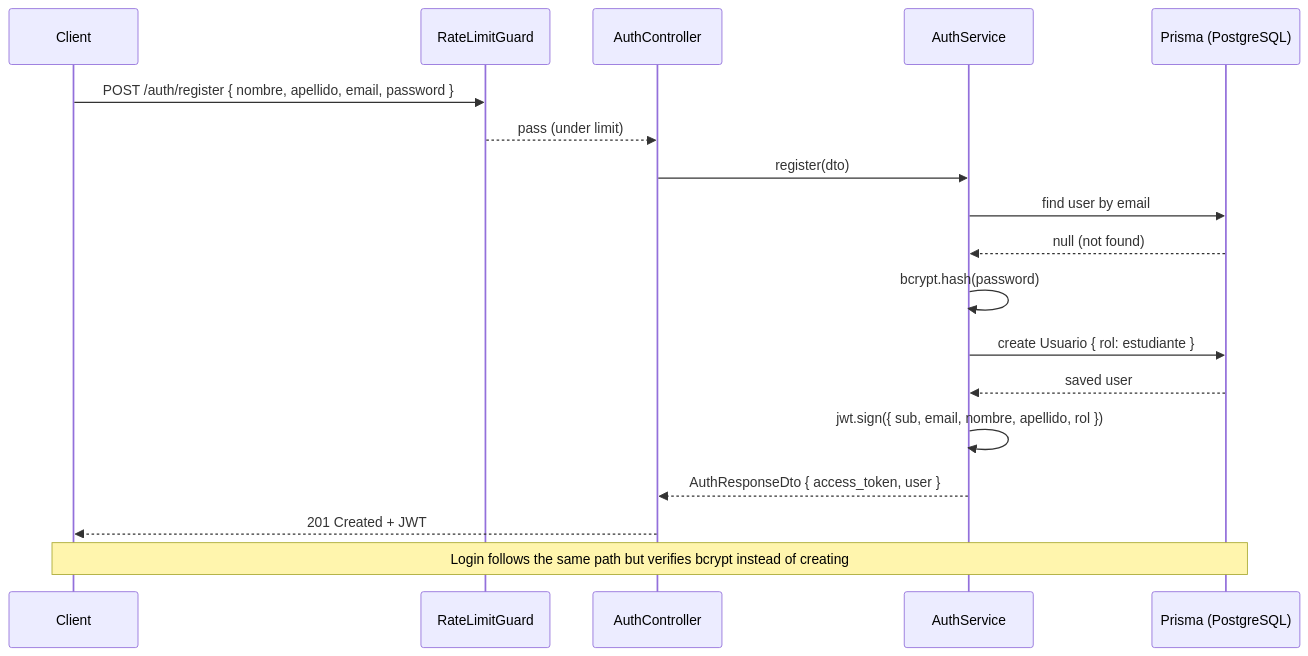
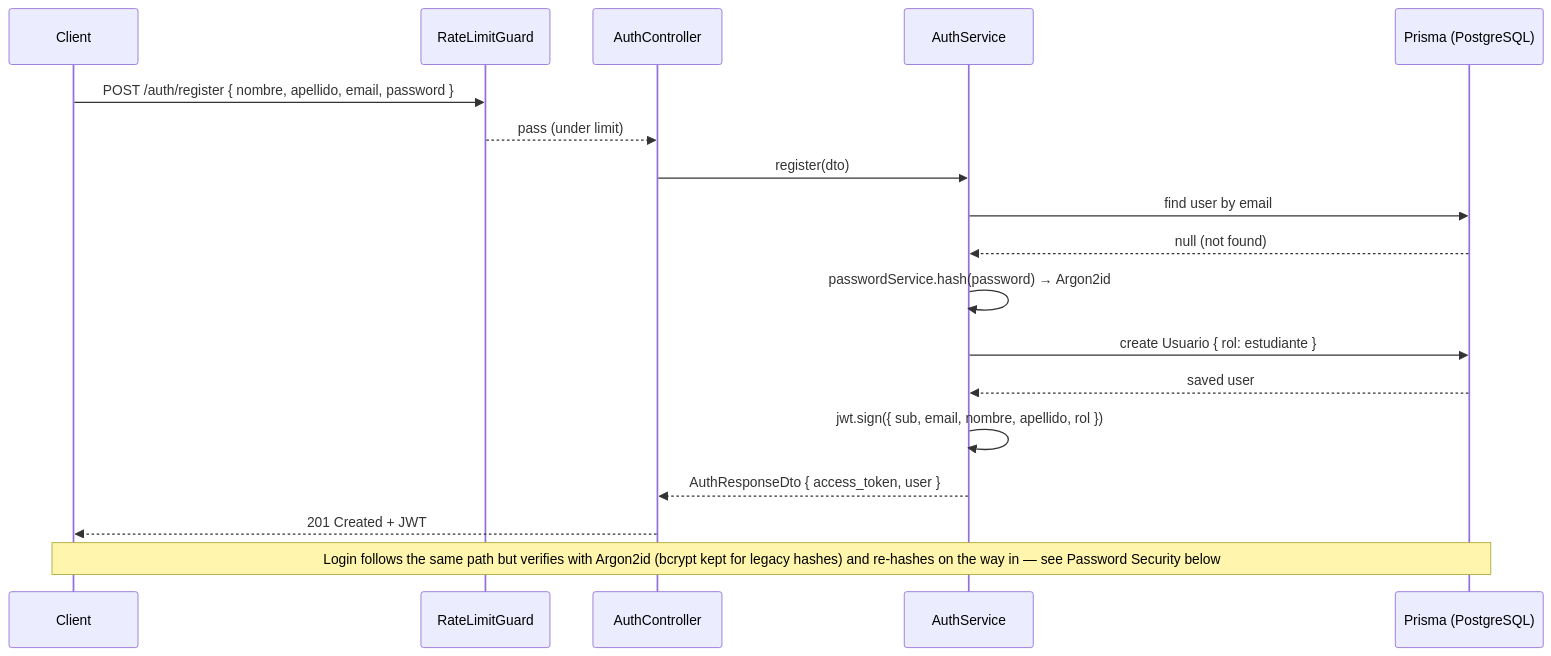
Before and after one commit to EciWise/EciWise.github.io: the second of 9 diagrams in how/auth-service.md, drawn with Mermaid. The commit also changed other lines of this file and 18 other files, not shown here.

First line of the commit message:
docs: ADR-010 (bcrypt→Argon2id), auth update, and dropout/performance AI sections

````diff
--- a/how/auth-service.md
+++ b/how/auth-service.md
@@ -66,22 +68,22 @@
 ```mermaid
 sequenceDiagram
     participant C as Client
     participant R as RateLimitGuard
     participant Ctrl as AuthController
     participant S as AuthService
     participant P as Prisma (PostgreSQL)
 
     C->>R: POST /auth/register { nombre, apellido, email, password }
     R-->>Ctrl: pass (under limit)
     Ctrl->>S: register(dto)
     S->>P: find user by email
     P-->>S: null (not found)
-    S->>S: bcrypt.hash(password)
+    S->>S: passwordService.hash(password) → Argon2id
     S->>P: create Usuario { rol: estudiante }
     P-->>S: saved user
     S->>S: jwt.sign({ sub, email, nombre, apellido, rol })
     S-->>Ctrl: AuthResponseDto { access_token, user }
     Ctrl-->>C: 201 Created + JWT
 
-    note over C,P: Login follows the same path but verifies bcrypt instead of creating
+    note over C,P: Login follows the same path but verifies with Argon2id (bcrypt kept for legacy hashes) and re-hashes on the way in — see Password Security below
 ```
````
